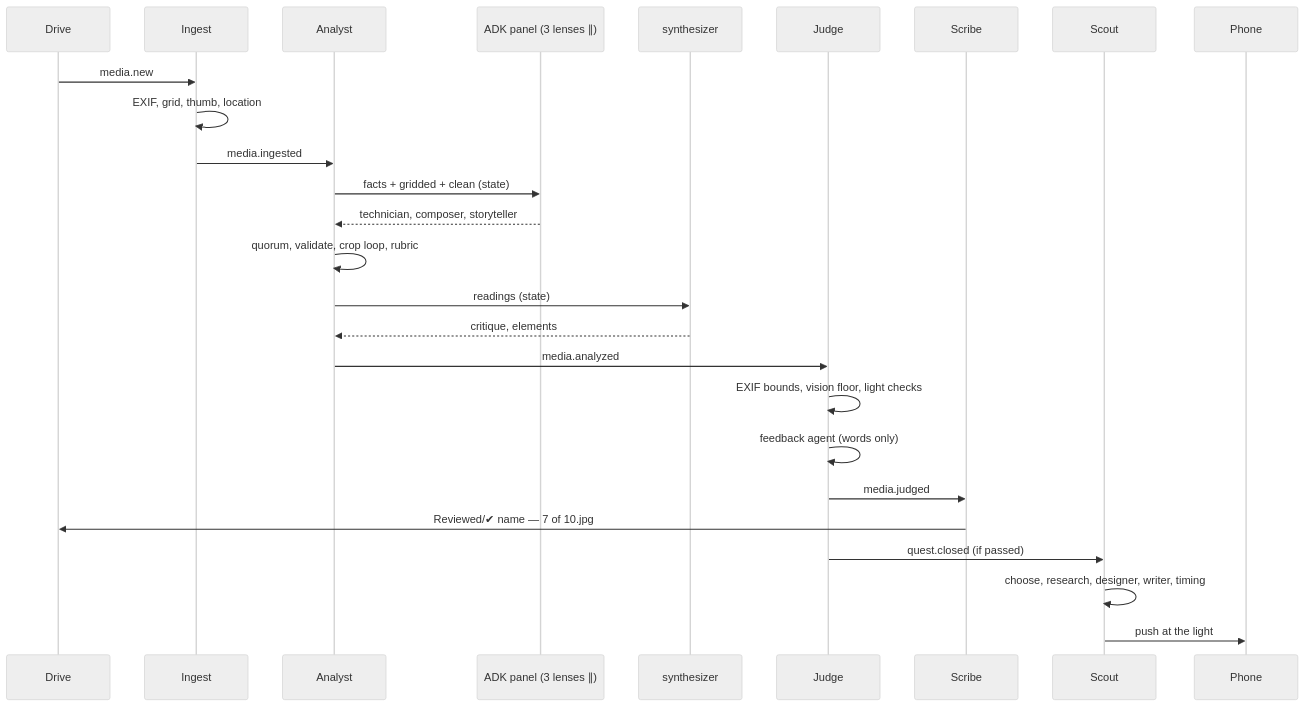
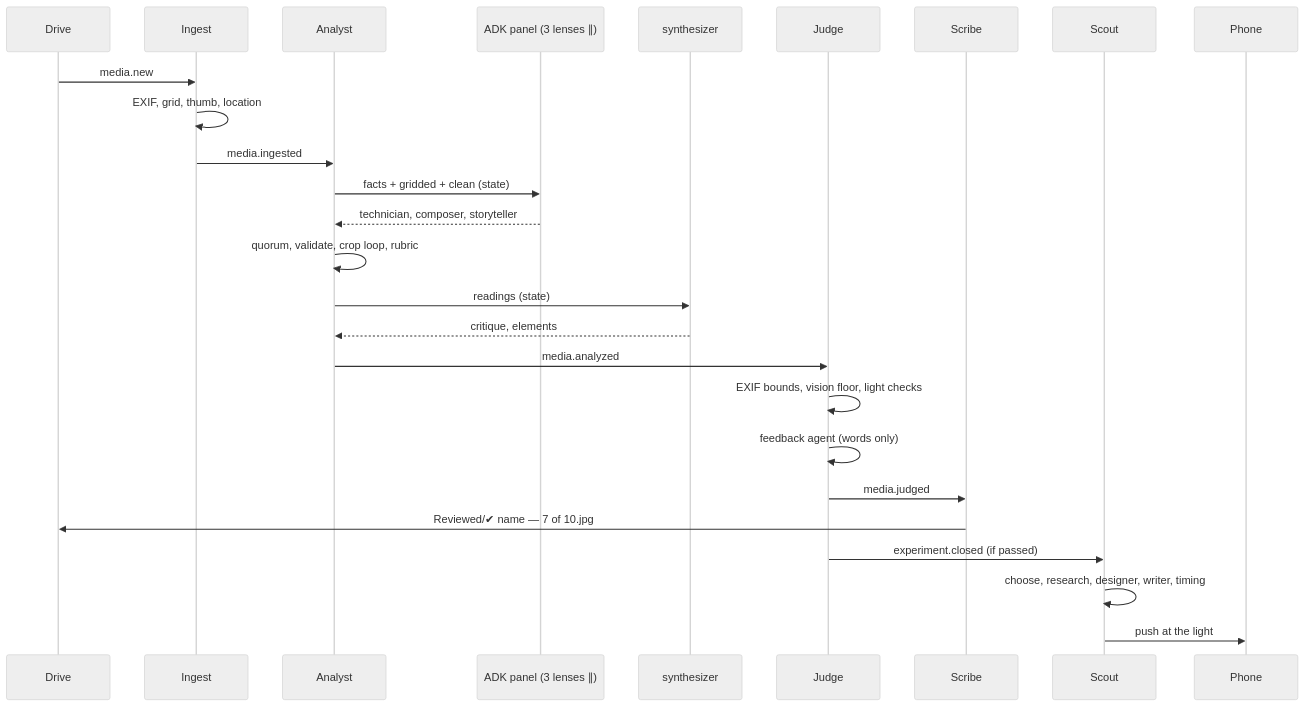
Before and after one commit to fikri2992/shoots: the second of 2 diagrams in docs/agents.md, drawn with Mermaid (neutral theme). The commit also changed other lines of this file and 75 other files, not shown here.

First line of the commit message:
Quest becomes Experiment, topics included

````diff
--- a/docs/agents.md
+++ b/docs/agents.md
@@ -203,28 +203,28 @@
 ```mermaid
 sequenceDiagram
   participant Drive
   participant Ingest
   participant Analyst
   participant Panel as ADK panel (3 lenses ∥)
   participant Synth as synthesizer
   participant Judge
   participant Scribe
   participant Scout
   participant Phone
   Drive->>Ingest: media.new
   Ingest->>Ingest: EXIF, grid, thumb, location
   Ingest->>Analyst: media.ingested
   Analyst->>Panel: facts + gridded + clean (state)
   Panel-->>Analyst: technician, composer, storyteller
   Analyst->>Analyst: quorum, validate, crop loop, rubric
   Analyst->>Synth: readings (state)
   Synth-->>Analyst: critique, elements
   Analyst->>Judge: media.analyzed
   Judge->>Judge: EXIF bounds, vision floor, light checks
   Judge->>Judge: feedback agent (words only)
   Judge->>Scribe: media.judged
   Scribe->>Drive: Reviewed/✔ name — 7 of 10.jpg
-  Judge->>Scout: quest.closed (if passed)
+  Judge->>Scout: experiment.closed (if passed)
   Scout->>Scout: choose, research, designer, writer, timing
   Scout->>Phone: push at the light
 ```
````
